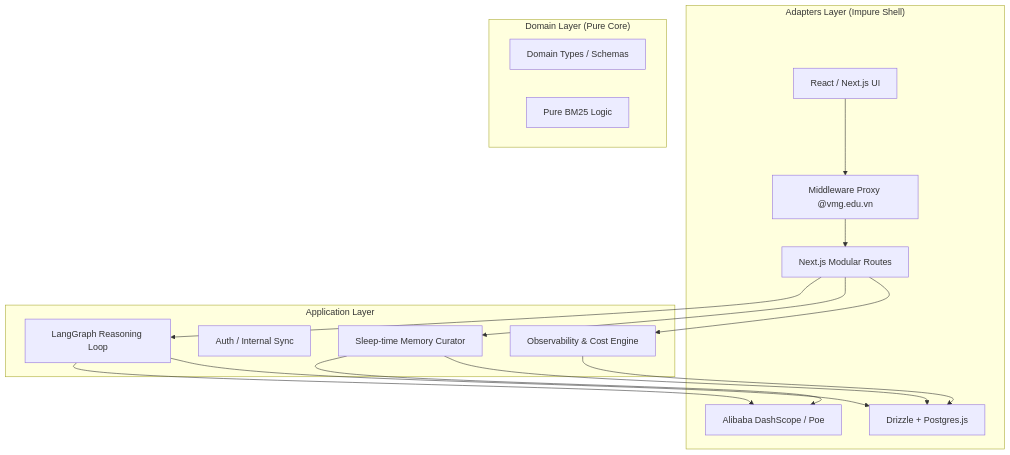
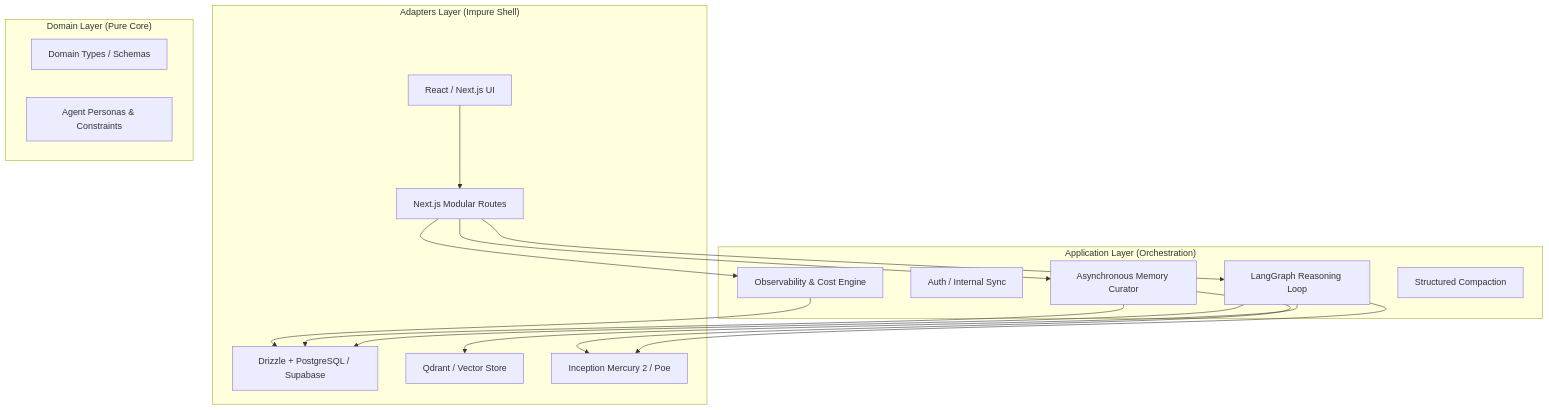
Before and after one commit to DragonL57/vmg_chatbot: the first of 6 diagrams in docs/ARCHITECTURE.md, drawn with Mermaid. The commit also changed other lines of this file and 4 other files, not shown here.

Commit message:
feat: enhance chat functionality with structured prompts and context compaction; improve system prompt with user message integration

````diff
--- a/docs/ARCHITECTURE.md
+++ b/docs/ARCHITECTURE.md
@@ -7,33 +13,34 @@
 ```mermaid
 graph TD
     subgraph "Adapters Layer (Impure Shell)"
         UI[React / Next.js UI]
         API[Next.js Modular Routes]
-        Proxy[Middleware Proxy @vmg.edu.vn]
-        DB_Adapter[Drizzle + Postgres.js]
-        LLM_Adapter[Alibaba DashScope / Poe]
+        DB_Adapter[Drizzle + PostgreSQL / Supabase]
+        Vector_Adapter[Qdrant / Vector Store]
+        LLM_Adapter[Inception Mercury 2 / Poe]
     end
 
-    subgraph "Application Layer"
+    subgraph "Application Layer (Orchestration)"
         Graph[LangGraph Reasoning Loop]
         AuthService[Auth / Internal Sync]
-        MemoryCurator[Sleep-time Memory Curator]
+        MemoryCurator[Asynchronous Memory Curator]
         ObsService[Observability & Cost Engine]
+        ContextManager[Structured Compaction]
     end
 
     subgraph "Domain Layer (Pure Core)"
         Types[Domain Types / Schemas]
-        BM25[Pure BM25 Logic]
+        Prompts[Agent Personas & Constraints]
     end
 
-    UI --> Proxy
-    Proxy --> API
+    UI --> API
     API --> Graph
     API --> MemoryCurator
     Graph --> LLM_Adapter
     Graph --> DB_Adapter
+    Graph --> Vector_Adapter
     MemoryCurator --> LLM_Adapter
     MemoryCurator --> DB_Adapter
     API --> ObsService
     ObsService --> DB_Adapter
 ```
````
